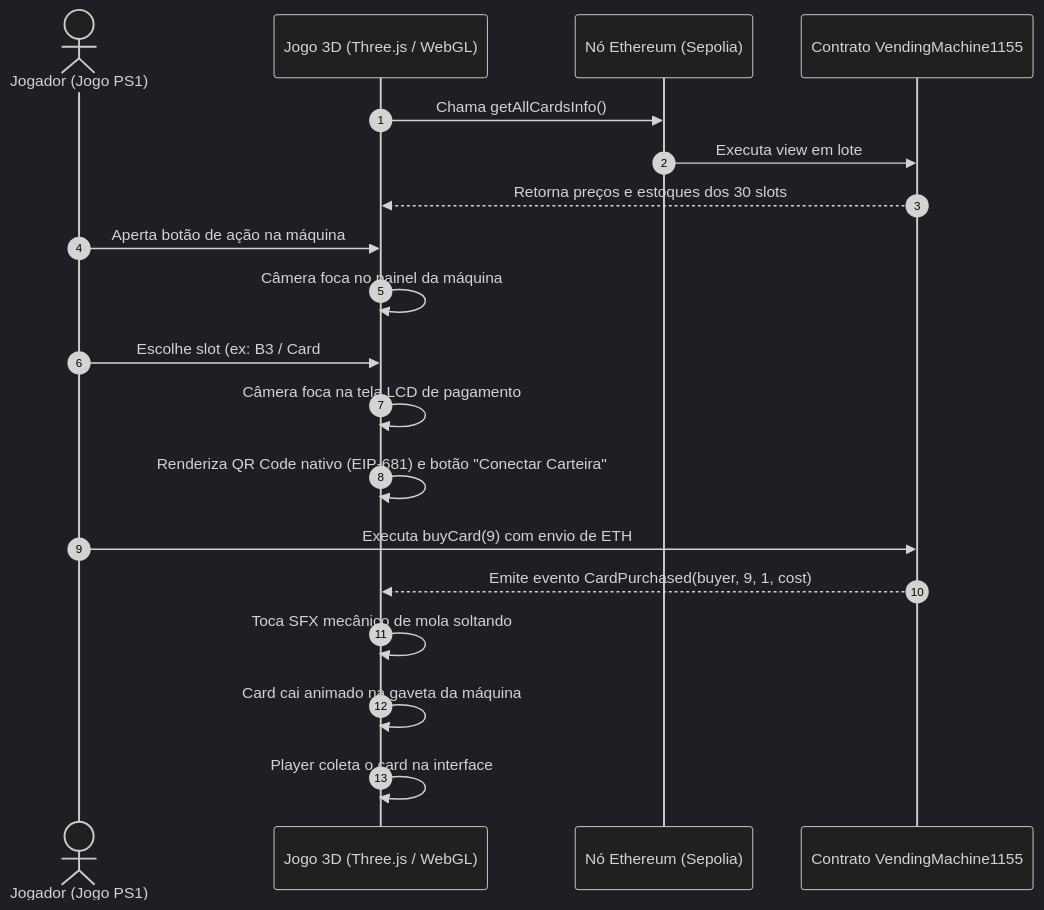
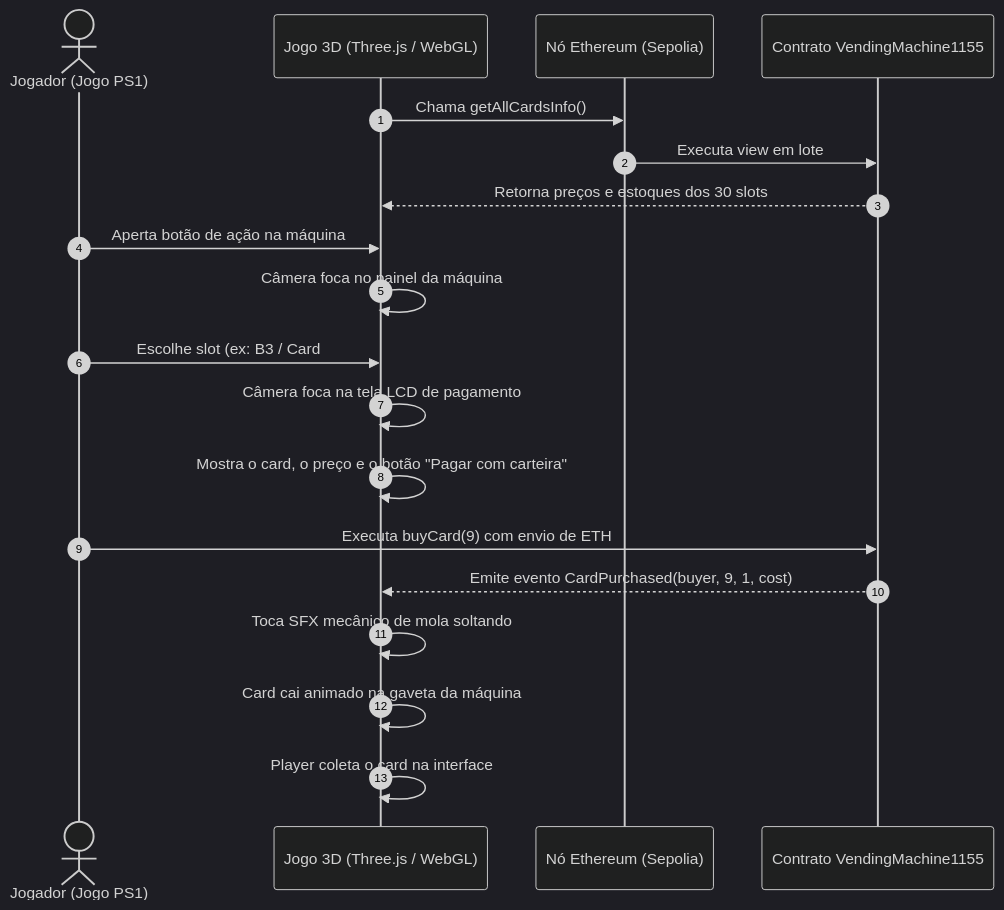
One commit to thiegocarvalho/vending-machine-web3 changed the diagram in docs/07_especificacao_cards_ipfs_e_game3d.md. Above: the diagram before and after it, drawn with Mermaid (dark theme). The commit also changed other lines of this file and 5 other files, not shown here.

Commit message:
jogo: pagamento só pelo botão (sem QR Code na telinha), no desktop e no celular; docs ajustados

````diff
--- a/docs/07_especificacao_cards_ipfs_e_game3d.md
+++ b/docs/07_especificacao_cards_ipfs_e_game3d.md
@@ -47,22 +47,22 @@
 ```mermaid
 sequenceDiagram
     autonumber
     actor Player as Jogador (Jogo PS1)
     participant Scene as Jogo 3D (Three.js / WebGL)
     participant RPC as Nó Ethereum (Sepolia)
     participant Contract as Contrato VendingMachine1155
 
     Scene->>RPC: Chama getAllCardsInfo()
     RPC->>Contract: Executa view em lote
     Contract-->>Scene: Retorna preços e estoques dos 30 slots
     Player->>Scene: Aperta botão de ação na máquina
     Scene->>Scene: Câmera foca no painel da máquina
     Player->>Scene: Escolhe slot (ex: B3 / Card #09)
     Scene->>Scene: Câmera foca na tela LCD de pagamento
-    Scene->>Scene: Renderiza QR Code nativo (EIP-681) e botão "Conectar Carteira"
+    Scene->>Scene: Mostra o card, o preço e o botão "Pagar com carteira"
     Player->>Contract: Executa buyCard(9) com envio de ETH
     Contract-->>Scene: Emite evento CardPurchased(buyer, 9, 1, cost)
     Scene->>Scene: Toca SFX mecânico de mola soltando
     Scene->>Scene: Card cai animado na gaveta da máquina
     Scene->>Scene: Player coleta o card na interface
 ```
````
